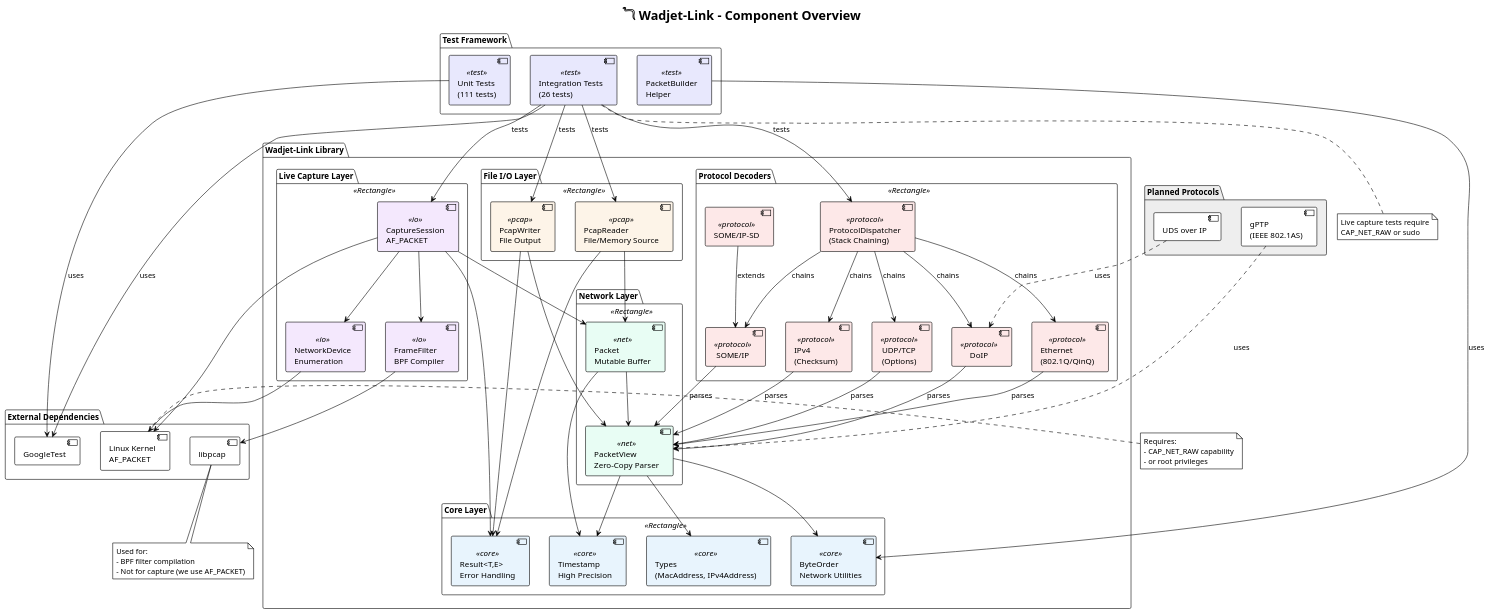
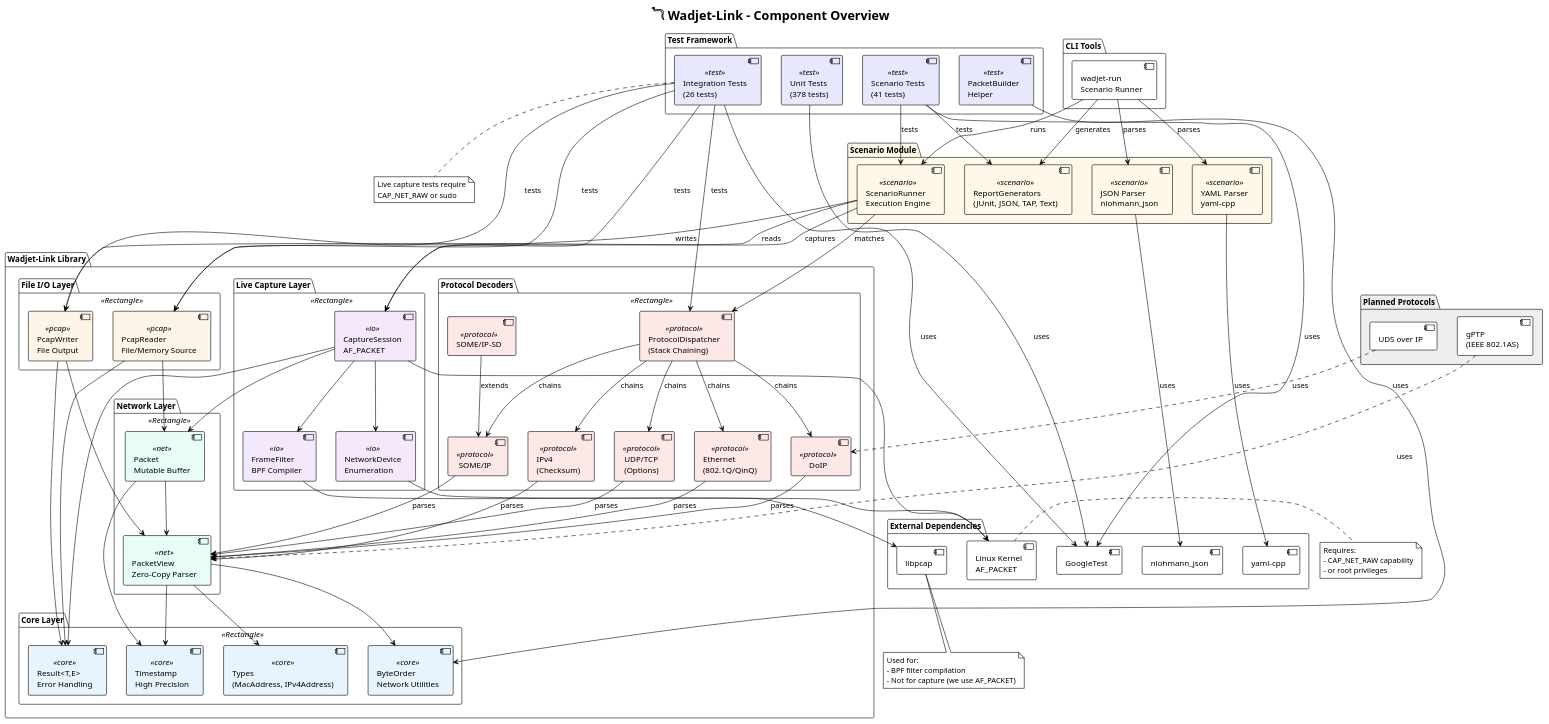
The diagram in architecture/component_overview.puml (mm0rsy/Wadjet-Link), drawn with PlantUML before and after one commit. The commit also changed 2 other files, not shown here.

Commit message:
docs(architecture): Update diagrams with scenario module
Update existing architecture diagrams to include Milestone 4 components:
- component_overview.puml: Add Scenario Module, CLI Tools, yaml-cpp,
  nlohmann_json dependencies
- layer_architecture.puml: Add CLI Layer and Scenario Layer
- README.md: Add scenario diagrams to index, update test counts to 378

```diff
--- a/architecture/component_overview.puml
+++ b/architecture/component_overview.puml
@@ -1,134 +1,164 @@
 @startuml component_overview
 !theme plain
 title 𓆓 Wadjet-Link - Component Overview
 
 skinparam componentStyle uml2
 skinparam backgroundColor white
 skinparam component {
     BackgroundColor<<core>> #E8F4FD
     BackgroundColor<<net>> #E8FDF4
     BackgroundColor<<pcap>> #FDF4E8
     BackgroundColor<<io>> #F4E8FD
     BackgroundColor<<protocol>> #FDE8E8
     BackgroundColor<<test>> #E8E8FD
+    BackgroundColor<<scenario>> #FDF8E8
 }
 
 package "Wadjet-Link Library" {
     
     package "Core Layer" <<Rectangle>> {
         component [Types\n(MacAddress, IPv4Address)] as Types <<core>>
         component [Result<T,E>\nError Handling] as Result <<core>>
         component [Timestamp\nHigh Precision] as Timestamp <<core>>
         component [ByteOrder\nNetwork Utilities] as ByteOrder <<core>>
     }
     
     package "Network Layer" <<Rectangle>> {
         component [PacketView\nZero-Copy Parser] as PacketView <<net>>
         component [Packet\nMutable Buffer] as Packet <<net>>
     }
     
     package "File I/O Layer" <<Rectangle>> {
         component [PcapReader\nFile/Memory Source] as PcapReader <<pcap>>
         component [PcapWriter\nFile Output] as PcapWriter <<pcap>>
     }
     
     package "Live Capture Layer" <<Rectangle>> {
         component [CaptureSession\nAF_PACKET] as Capture <<io>>
         component [NetworkDevice\nEnumeration] as Device <<io>>
         component [FrameFilter\nBPF Compiler] as Filter <<io>>
     }
     
     package "Protocol Decoders" <<Rectangle>> {
         component [Ethernet\n(802.1Q/QinQ)] as Ethernet <<protocol>>
         component [IPv4\n(Checksum)] as IPv4 <<protocol>>
         component [UDP/TCP\n(Options)] as Transport <<protocol>>
         component [SOME/IP] as SOMEIP <<protocol>>
         component [SOME/IP-SD] as SOMEIPSD <<protocol>>
         component [DoIP] as DoIP <<protocol>>
         component [ProtocolDispatcher\n(Stack Chaining)] as Dispatcher <<protocol>>
     }
 }
 
 package "Planned Protocols" #EEEEEE {
     component [gPTP\n(IEEE 802.1AS)] as gPTP
     component [UDS over IP] as UDS
 }
 
+package "Scenario Module" #FDF8E8 {
+    component [YAML Parser\nyaml-cpp] as YamlParser <<scenario>>
+    component [JSON Parser\nnlohmann_json] as JsonParser <<scenario>>
+    component [ScenarioRunner\nExecution Engine] as ScenarioRunner <<scenario>>
+    component [ReportGenerators\n(JUnit, JSON, TAP, Text)] as Reports <<scenario>>
+}
+
+package "CLI Tools" {
+    component [wadjet-run\nScenario Runner] as WadjetRun
+}
+
 package "External Dependencies" {
     component [libpcap] as libpcap
     component [Linux Kernel\nAF_PACKET] as Kernel
     component [GoogleTest] as GTest
+    component [yaml-cpp] as YamlCpp
+    component [nlohmann_json] as NlohmannJson
 }
 
 ' Core dependencies
 PacketView --> Types
 PacketView --> ByteOrder
 PacketView --> Timestamp
 Packet --> PacketView
 Packet --> Timestamp
 
 ' PCAP dependencies
 PcapReader --> Packet
 PcapReader --> Result
 PcapWriter --> PacketView
 PcapWriter --> Result
 
 ' I/O dependencies
 Capture --> Packet
 Capture --> Filter
 Capture --> Device
 Capture --> Result
 Filter --> libpcap
 Device --> Kernel
 Capture --> Kernel
 
 ' Protocol dependencies
 Ethernet --> PacketView : parses
 IPv4 --> PacketView : parses
 Transport --> PacketView : parses
 SOMEIP --> PacketView : parses
 SOMEIPSD --> SOMEIP : extends
 DoIP --> PacketView : parses
 Dispatcher --> Ethernet : chains
 Dispatcher --> IPv4 : chains
 Dispatcher --> Transport : chains
 Dispatcher --> SOMEIP : chains
 Dispatcher --> DoIP : chains
 
 ' Planned protocol dependencies
 UDS ..> DoIP : uses
 gPTP ..> PacketView : uses
 
+' Scenario module dependencies
+YamlParser --> YamlCpp : uses
+JsonParser --> NlohmannJson : uses
+ScenarioRunner --> Capture : captures
+ScenarioRunner --> PcapReader : reads
+ScenarioRunner --> PcapWriter : writes
+ScenarioRunner --> Dispatcher : matches
+WadjetRun --> YamlParser : parses
+WadjetRun --> JsonParser : parses
+WadjetRun --> ScenarioRunner : runs
+WadjetRun --> Reports : generates
+
 package "Test Framework" {
-    component [Unit Tests\n(111 tests)] as UnitTests <<test>>
+    component [Unit Tests\n(378 tests)] as UnitTests <<test>>
     component [Integration Tests\n(26 tests)] as IntegTests <<test>>
+    component [Scenario Tests\n(41 tests)] as ScenarioTests <<test>>
     component [PacketBuilder\nHelper] as PktBuilder <<test>>
 }
 
 ' Test dependencies
 UnitTests --> GTest : uses
 IntegTests --> GTest : uses
+ScenarioTests --> GTest : uses
 IntegTests --> Dispatcher : tests
 IntegTests --> PcapReader : tests
 IntegTests --> PcapWriter : tests
 IntegTests --> Capture : tests
+ScenarioTests --> ScenarioRunner : tests
+ScenarioTests --> Reports : tests
 PktBuilder --> ByteOrder : uses
 
 note right of Kernel
   Requires:
   - CAP_NET_RAW capability
   - or root privileges
 end note
 
 note bottom of libpcap
   Used for:
   - BPF filter compilation
   - Not for capture (we use AF_PACKET)
 end note
 
 note bottom of IntegTests
   Live capture tests require
   CAP_NET_RAW or sudo
 end note
 
 @enduml
```
